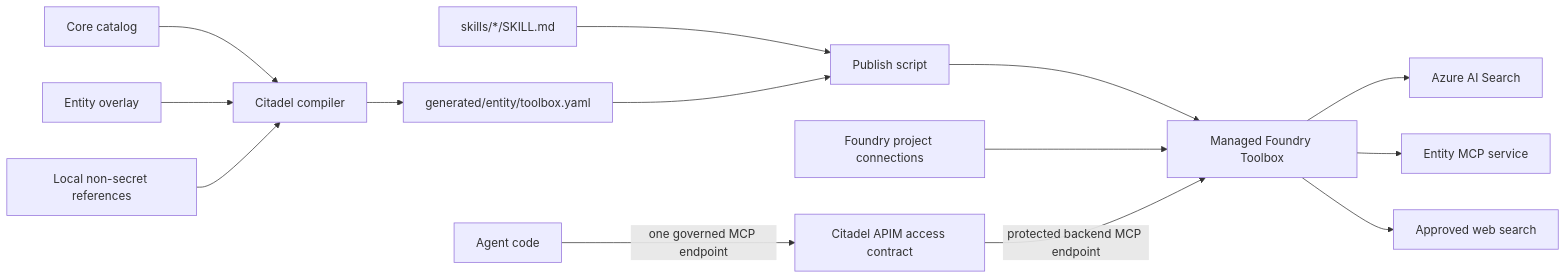
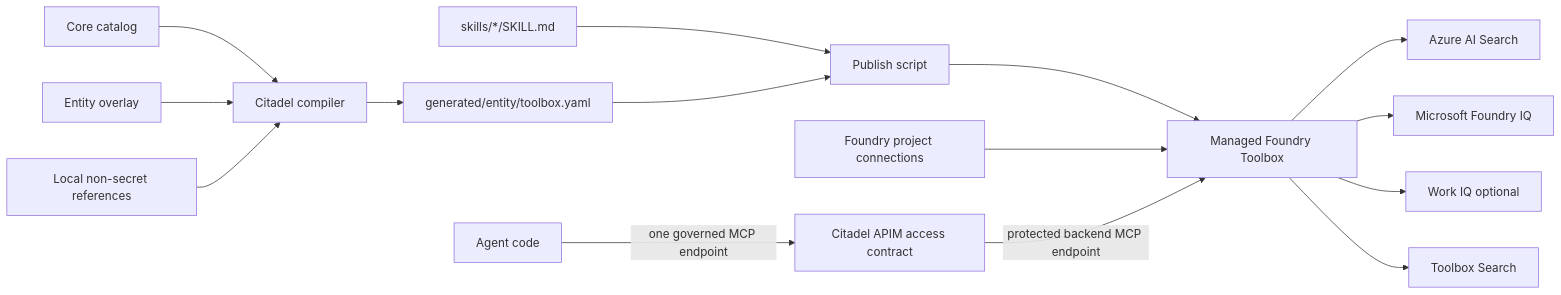
Before and after one commit to sibamoussa/citadel-toolbox-addon: the first of 2 diagrams in README.md, drawn with Mermaid. The commit also changed other lines of this file and 27 other files, not shown here.

````diff
--- a/README.md
+++ b/README.md
@@ -58,16 +58,17 @@
 ```mermaid
 flowchart LR
      Core[Core catalog] --> Compiler[Citadel compiler]
      Overlay[Entity overlay] --> Compiler
      Env[Local non-secret references] --> Compiler
      Compiler --> Generated[generated/entity/toolbox.yaml]
      Skills[skills/*/SKILL.md] --> Publish[Publish script]
      Generated --> Publish
      Publish --> Foundry[Managed Foundry Toolbox]
      Connections[Foundry project connections] --> Foundry
       Agent[Agent code] -->|one governed MCP endpoint| APIM[Citadel APIM access contract]
       APIM -->|protected backend MCP endpoint| Foundry
      Foundry --> Search[Azure AI Search]
-     Foundry --> MCP[Entity MCP service]
-     Foundry --> Web[Approved web search]
+    Foundry --> IQ[Microsoft Foundry IQ]
+    Foundry --> Work[Work IQ optional]
+    Foundry --> Discovery[Toolbox Search]
 ```
````
